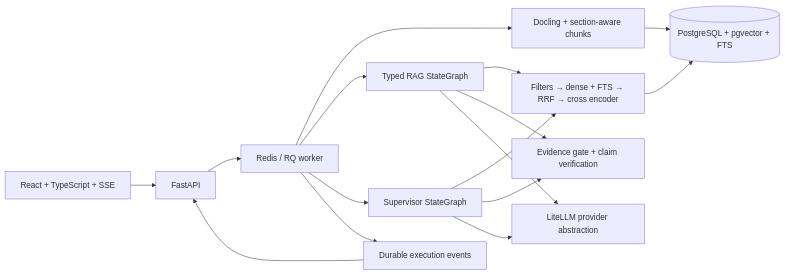
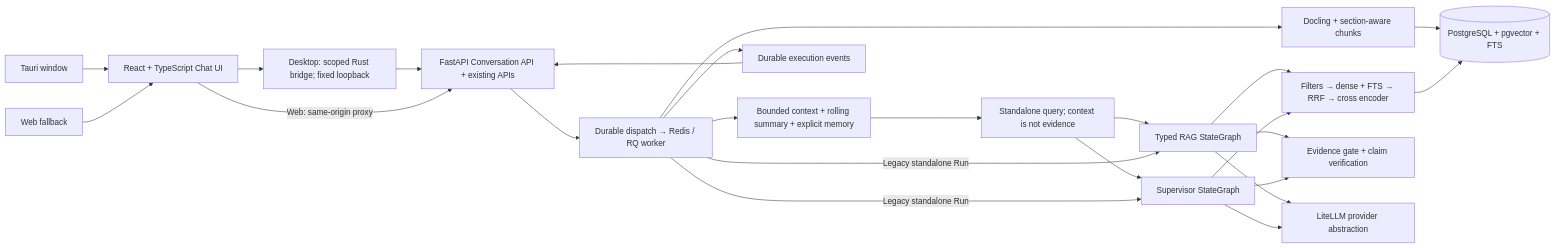
The first of 3 diagrams in README.md (chouytong/RAGAgent), drawn with Mermaid before and after one commit. The commit also changed other lines of this file and 10 other files, not shown here.

Commit message:
docs: document conversation desktop deployment and verified product handover

````diff
--- a/README.md
+++ b/README.md
@@ -26,18 +35,26 @@
 ```mermaid
 flowchart LR
- React[React + TypeScript + SSE] --> API[FastAPI]
- API --> Jobs[Redis / RQ worker]
+ Desktop[Tauri window] --> React[React + TypeScript Chat UI]
+ Web[Web fallback] --> React
+ React --> Bridge[Desktop: scoped Rust bridge; fixed loopback]
+ Bridge --> API[FastAPI Conversation API + existing APIs]
+ React -->|Web: same-origin proxy| API
+ API --> Jobs[Durable dispatch → Redis / RQ worker]
+ Jobs --> Context[Bounded context + rolling summary + explicit memory]
+ Context --> Rewrite[Standalone query; context is not evidence]
  Jobs --> Parse[Docling + section-aware chunks]
  Parse --> DB[(PostgreSQL + pgvector + FTS)]
- Jobs --> RAG[Typed RAG StateGraph]
- Jobs --> MA[Supervisor StateGraph]
+ Rewrite --> RAG[Typed RAG StateGraph]
+ Rewrite --> MA[Supervisor StateGraph]
+ Jobs -->|Legacy standalone Run| RAG
+ Jobs -->|Legacy standalone Run| MA
  RAG --> Retrieval[Filters → dense + FTS → RRF → cross encoder]
  MA --> Retrieval
  Retrieval --> DB
  RAG --> Verify[Evidence gate + claim verification]
  MA --> Verify
  RAG --> Models[LiteLLM provider abstraction]
  MA --> Models
  Jobs --> Events[Durable execution events]
  Events --> API
 ```
````
